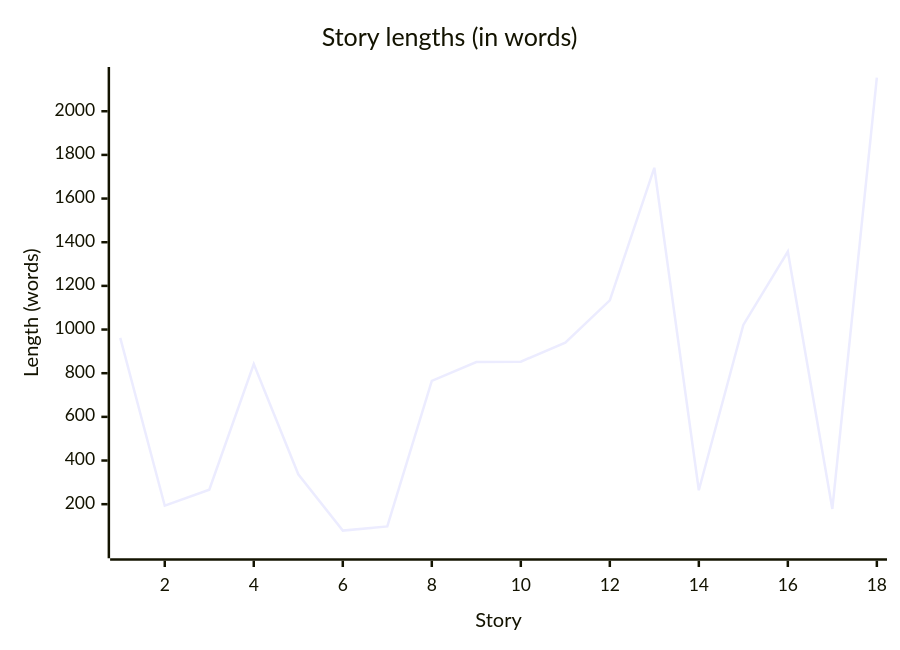
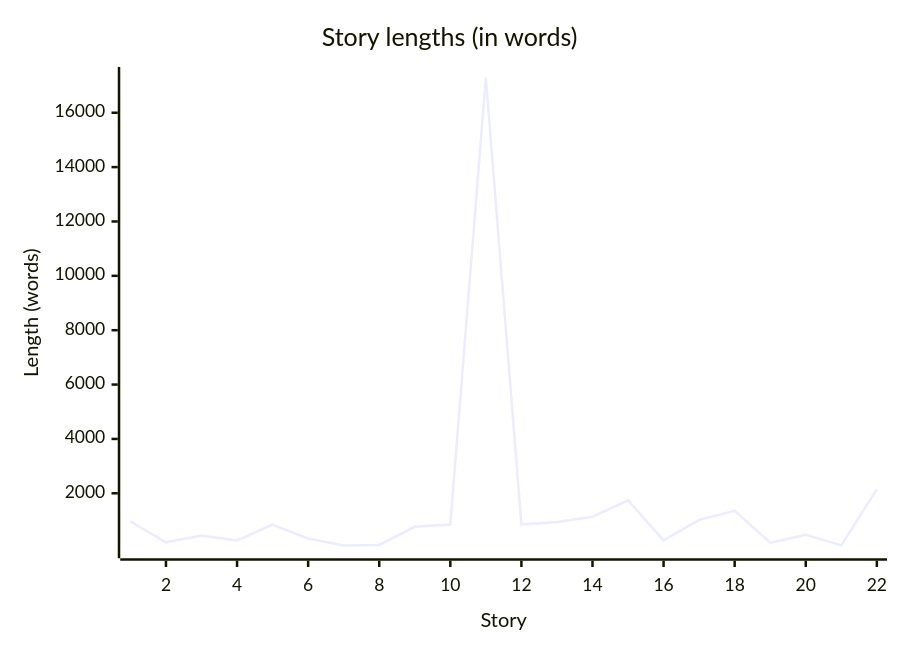
Before and after one commit to g-ongenae/blog: the second of 2 diagrams in tell/README.md, drawn with Mermaid. The commit also changed other lines of this file and 4 other files, not shown here.

````diff
--- a/tell/README.md
+++ b/tell/README.md
@@ -176,7 +177,7 @@
 ```mermaid
 xychart-beta
   title "Story lengths (in words)"
-  x-axis "Story" 1 --> 18
-  y-axis "Length (words)" 1 --> 2154
-  line [962, 193, 266, 842, 337, 79, 98, 765, 851, 853, 940, 1134, 1741, 264, 1021, 1357, 178, 2154]
+  x-axis "Story" 1 --> 22
+  y-axis "Length (words)" 1 --> 17292
+  line [964, 195, 450, 268, 844, 339, 81, 100, 767, 853, 17292, 855, 942, 1136, 1743, 266, 1023, 1356, 180, 473, 83, 2156]
 ```
````
